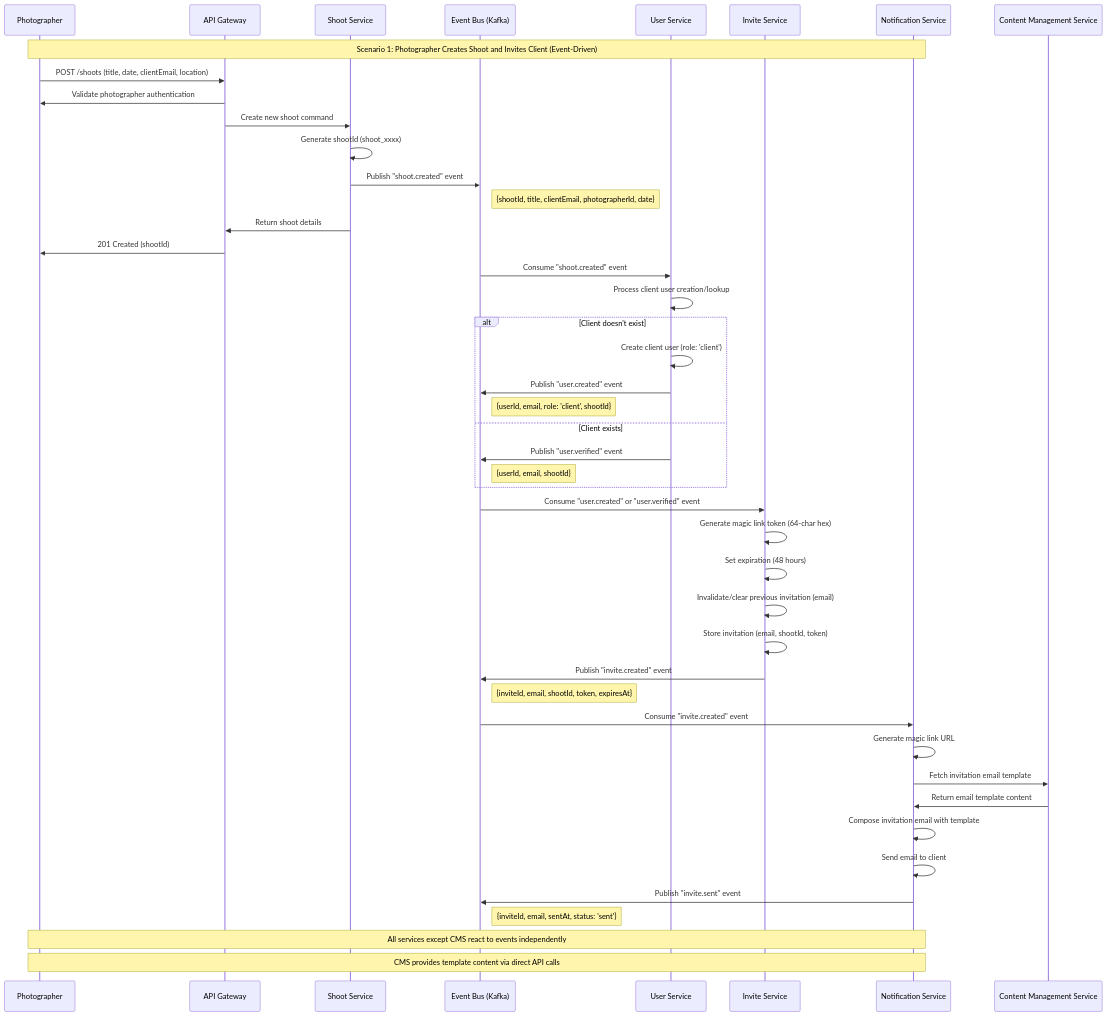
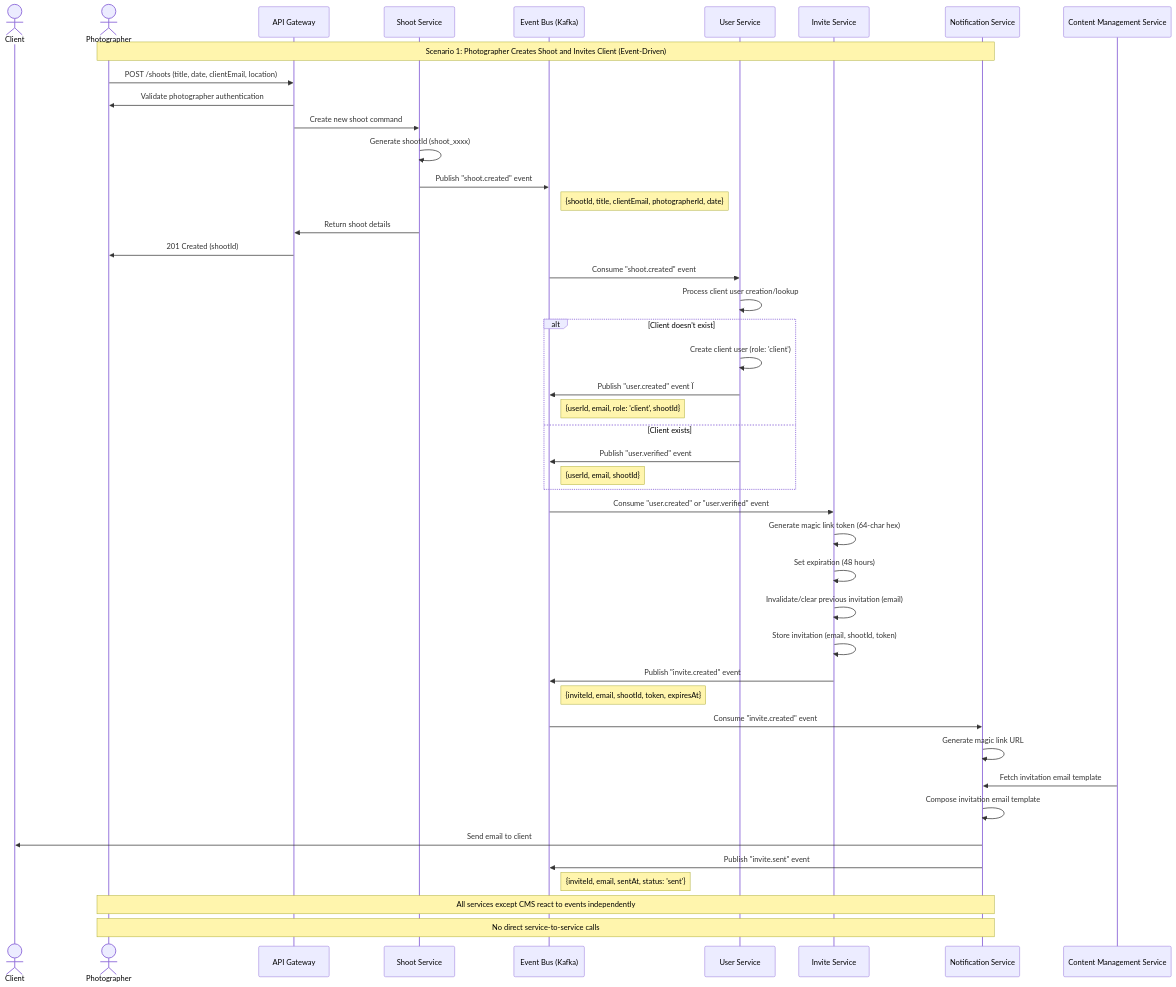
The diagram in docs/diagrams/Sequence diagrams/01-shoot-creation-and-invitation.mmd (romdj/tempsdarret.studio), drawn with Mermaid before and after one commit. The commit also changed 2 other files, not shown here.

Commit message:
docs: updated sequence diagrams

```diff
--- a/docs/diagrams/Sequence diagrams/01-shoot-creation-and-invitation.mmd
+++ b/docs/diagrams/Sequence diagrams/01-shoot-creation-and-invitation.mmd
@@ -1,51 +1,51 @@
-sequenceDiagram
-  participant P as Photographer
-  participant AG as API Gateway
+sequenceDiagram  
+  actor C as Client  
+  actor P as Photographer  
+  participant AG as API Gateway  
   participant SS as Shoot Service
-  participant EB as Event Bus (Kafka)
+  participant EB as Event Bus (Kafka)  
   participant US as User Service 
-  participant IS as Invite Service
-  participant NS as Notification Service
-  participant CMS as Content Management Service
+  participant IS as Invite Service  
+  participant NS as Notification Service  
+  participant CMS as Content Management Service  
 
   Note over P,NS: Scenario 1: Photographer Creates Shoot and Invites Client (Event-Driven)
 
   P->>AG: POST /shoots (title, date, clientEmail, location) 
-  AG->>P: Validate photographer authentication
+  AG->>P: Validate photographer authentication  
   AG->>SS: Create new shoot command 
-  SS->>SS: Generate shootId (shoot_xxxx)
-  SS->>EB: Publish "shoot.created" event
+  SS->>SS: Generate shootId (shoot_xxxx)  
+  SS->>EB: Publish "shoot.created" event  
   Note right of EB: {shootId, title, clientEmail, photographerId, date} 
-  SS->>AG: Return shoot details
-  AG->>P: 201 Created (shootId)
+  SS->>AG: Return shoot details  
+  AG->>P: 201 Created (shootId)  
 
-  EB->>US: Consume "shoot.created" event
-  US->>US: Process client user creation/lookup
+  EB->>US: Consume "shoot.created" event  
+  US->>US: Process client user creation/lookup  
   alt Client doesn't exist 
-  US->>US: Create client user (role: 'client') 
-  US->>EB: Publish "user.created" event
-  Note right of EB: {userId, email, role: 'client', shootId}
+    US->>US: Create client user (role: 'client') 
+    US->>EB: Publish "user.created" event  Ï
+    Note right of EB: {userId, email, role: 'client', shootId}  
   else Client exists 
-  US->>EB: Publish "user.verified" event 
-  Note right of EB: {userId, email, shootId}
+    US->>EB: Publish "user.verified" event 
+    Note right of EB: {userId, email, shootId}
   end 
 
-  EB->>IS: Consume "user.created" or "user.verified" event
+  EB->>IS: Consume "user.created" or "user.verified" event  
   IS->>IS: Generate magic link token (64-char hex) 
   IS->>IS: Set expiration (48 hours) 
   IS->>IS: Invalidate/clear previous invitation (email)
   IS->>IS: Store invitation (email, shootId, token)
   IS->>EB: Publish "invite.created" event 
-  Note right of EB: {inviteId, email, shootId, token, expiresAt}
+  Note right of EB: {inviteId, email, shootId, token, expiresAt}  
 
   EB->>NS: Consume "invite.created" event 
-  NS->>NS: Generate magic link URL
-  NS->>CMS: Fetch invitation email template 
-  CMS->>NS: Return email template content
-  NS->>NS: Compose invitation email with template 
-  NS->>NS: Send email to client
+  NS->>NS: Generate magic link URL  
+  CMS->>NS: Fetch invitation email template 
+  NS->>NS: Compose invitation email template 
+  NS->>C: Send email to client  
   NS->>EB: Publish "invite.sent" event 
-  Note right of EB: {inviteId, email, sentAt, status: 'sent'}
+  Note right of EB: {inviteId, email, sentAt, status: 'sent'}  
 
   Note over P,NS: All services except CMS react to events independently
-  Note over P,NS: CMS provides template content via direct API calls
+  Note over P,NS: No direct service-to-service calls
```
